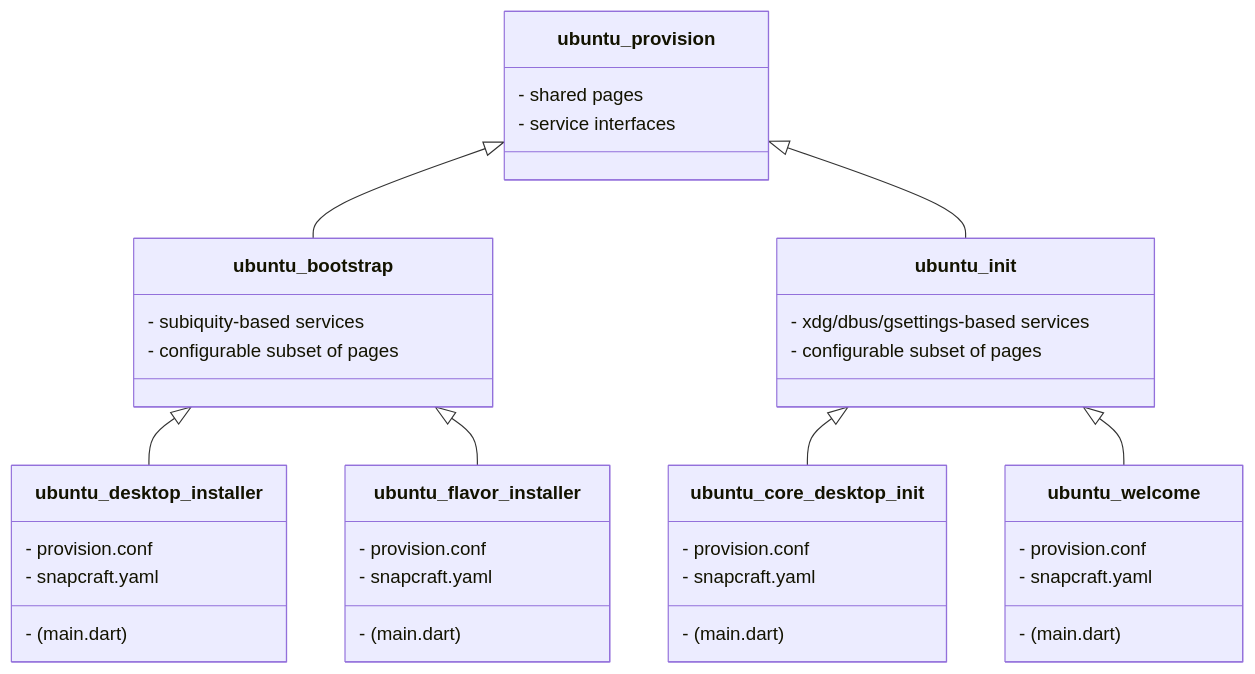
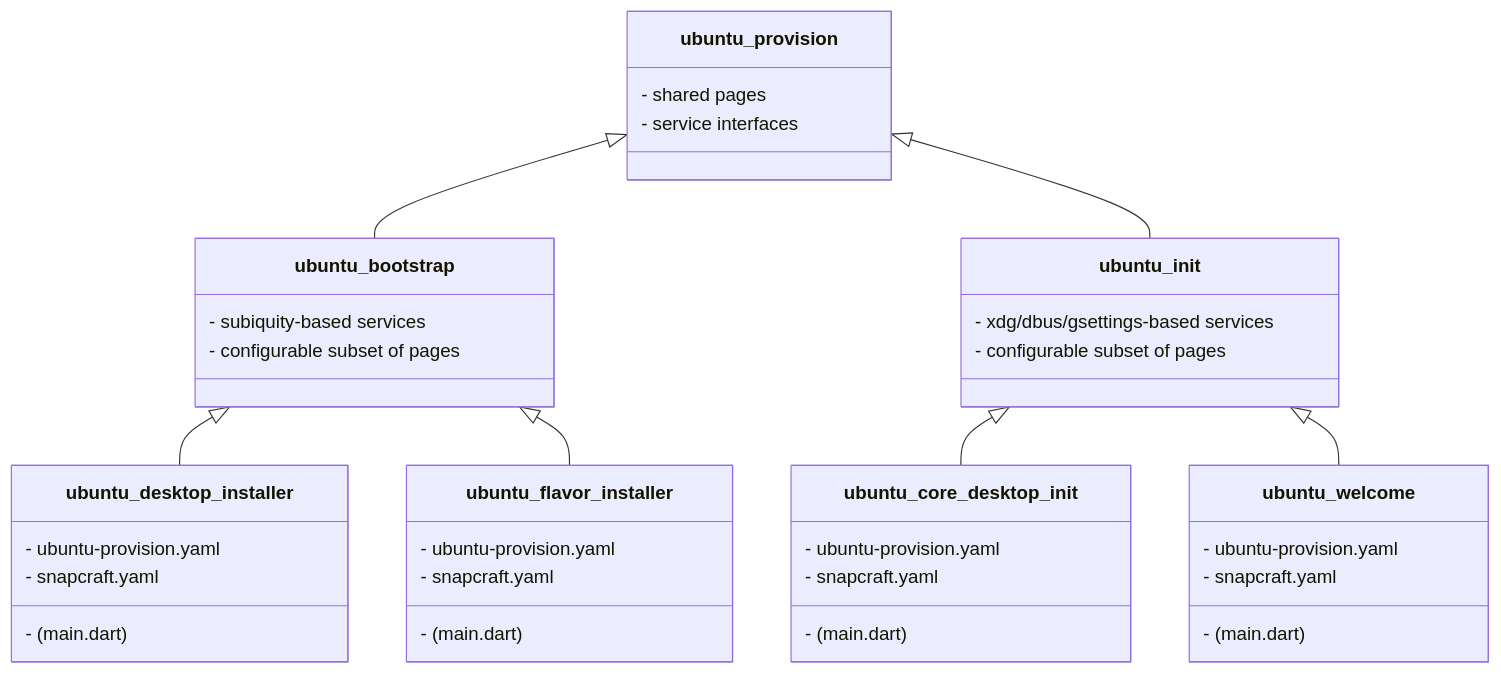
One commit to canonical/ubuntu-desktop-provision changed the diagram in README.md. Above: the diagram before and after it, drawn with Mermaid. The commit also changed other lines of this file and 2 other files, not shown here.

Commit message:
fix: Drop config in assets/ support

````diff
--- a/README.md
+++ b/README.md
@@ -8,27 +8,27 @@
 ```mermaid
 classDiagram
     ubuntu_bootstrap <|-- ubuntu_desktop_installer
     ubuntu_bootstrap <|-- ubuntu_flavor_installer
     ubuntu_init <|-- ubuntu_core_desktop_init
     ubuntu_init <|-- ubuntu_welcome
     ubuntu_provision <|-- ubuntu_bootstrap
     ubuntu_provision <|-- ubuntu_init
     ubuntu_provision: - shared pages
     ubuntu_provision: - service interfaces
     ubuntu_bootstrap: - subiquity-based services
     ubuntu_bootstrap: - configurable subset of pages
     ubuntu_init: - xdg/dbus/gsettings-based services
     ubuntu_init: - configurable subset of pages
     ubuntu_desktop_installer: - (main.dart)
-    ubuntu_desktop_installer: - provision.conf
+    ubuntu_desktop_installer: - ubuntu-provision.yaml
     ubuntu_desktop_installer: - snapcraft.yaml
     ubuntu_flavor_installer: - (main.dart)
-    ubuntu_flavor_installer: - provision.conf
+    ubuntu_flavor_installer: - ubuntu-provision.yaml
     ubuntu_flavor_installer: - snapcraft.yaml
     ubuntu_core_desktop_init: - (main.dart)
-    ubuntu_core_desktop_init: - provision.conf
+    ubuntu_core_desktop_init: - ubuntu-provision.yaml
     ubuntu_core_desktop_init: - snapcraft.yaml
     ubuntu_welcome: - (main.dart)
-    ubuntu_welcome: - provision.conf
+    ubuntu_welcome: - ubuntu-provision.yaml
     ubuntu_welcome: - snapcraft.yaml
 ```
````
